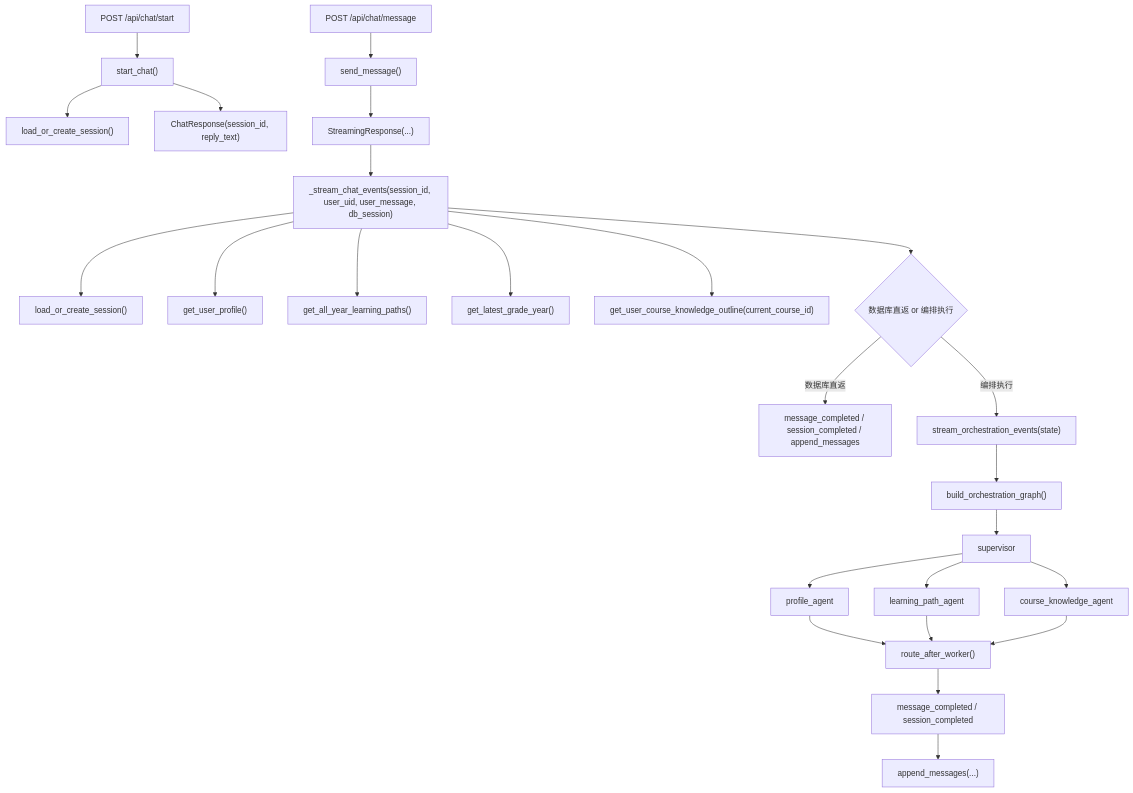
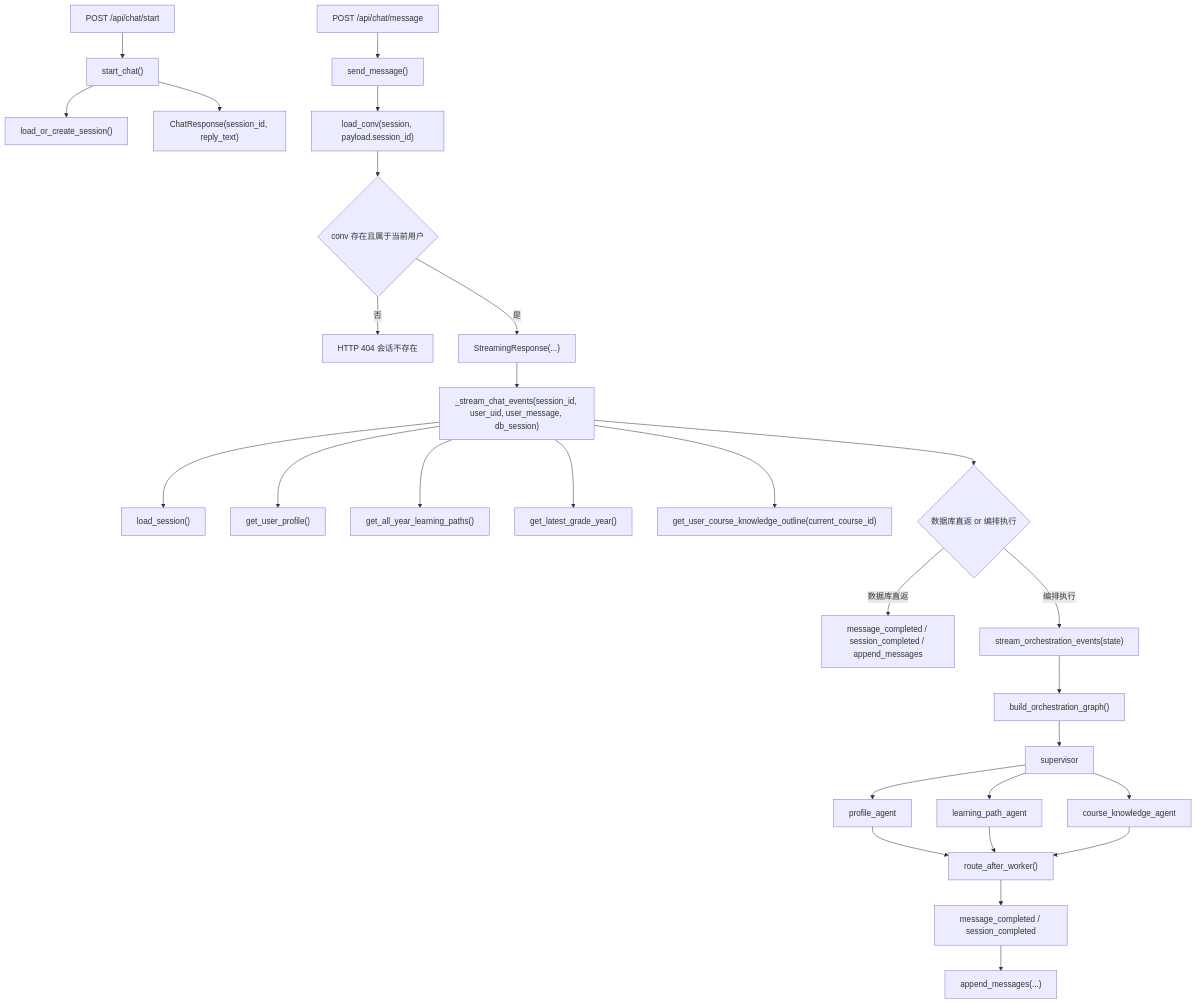
Diagram 40 of 54 in docs/agent逻辑.md (innovationpuls-creator/mutiagent), drawn with Mermaid before and after one commit. The commit also changed other lines of this file and 66 other files, not shown here.

````diff
--- a/docs/agent逻辑.md
+++ b/docs/agent逻辑.md
@@ -1112,30 +1935,33 @@
 ```mermaid
 graph TD
   A["POST /api/chat/start"] --> B["start_chat()"]
   B --> C["load_or_create_session()"]
   B --> D["ChatResponse(session_id, reply_text)"]
 
   E["POST /api/chat/message"] --> F["send_message()"]
-  F --> G["StreamingResponse(...)"]
-  G --> H["_stream_chat_events(session_id, user_uid, user_message, db_session)"]
+  F --> G["load_conv(session, payload.session_id)"]
+  G --> H{"conv 存在且属于当前用户"}
+  H -->|否| I["HTTP 404 会话不存在"]
+  H -->|是| J["StreamingResponse(...)"]
+  J --> K["_stream_chat_events(session_id, user_uid, user_message, db_session)"]
 
-  H --> I["load_or_create_session()"]
-  H --> J["get_user_profile()"]
-  H --> K["get_all_year_learning_paths()"]
-  H --> L["get_latest_grade_year()"]
-  H --> M["get_user_course_knowledge_outline(current_course_id)"]
-  H --> N{"数据库直返 or 编排执行"}
+  K --> L["load_session()"]
+  K --> M["get_user_profile()"]
+  K --> N["get_all_year_learning_paths()"]
+  K --> O["get_latest_grade_year()"]
+  K --> P["get_user_course_knowledge_outline(current_course_id)"]
+  K --> Q{"数据库直返 or 编排执行"}
 
-  N -->|数据库直返| O["message_completed / session_completed / append_messages"]
-  N -->|编排执行| P["stream_orchestration_events(state)"]
-  P --> Q["build_orchestration_graph()"]
-  Q --> R["supervisor"]
-  R --> S["profile_agent"]
-  R --> T["learning_path_agent"]
-  R --> U["course_knowledge_agent"]
-  S --> V["route_after_worker()"]
-  T --> V
-  U --> V
-  V --> W["message_completed / session_completed"]
-  W --> X["append_messages(...)"]
+  Q -->|数据库直返| R["message_completed / session_completed / append_messages"]
+  Q -->|编排执行| S["stream_orchestration_events(state)"]
+  S --> T["build_orchestration_graph()"]
+  T --> U["supervisor"]
+  U --> V["profile_agent"]
+  U --> W["learning_path_agent"]
+  U --> X["course_knowledge_agent"]
+  V --> Y["route_after_worker()"]
+  W --> Y
+  X --> Y
+  Y --> Z["message_completed / session_completed"]
+  Z --> AA["append_messages(...)"]
 ```
````
